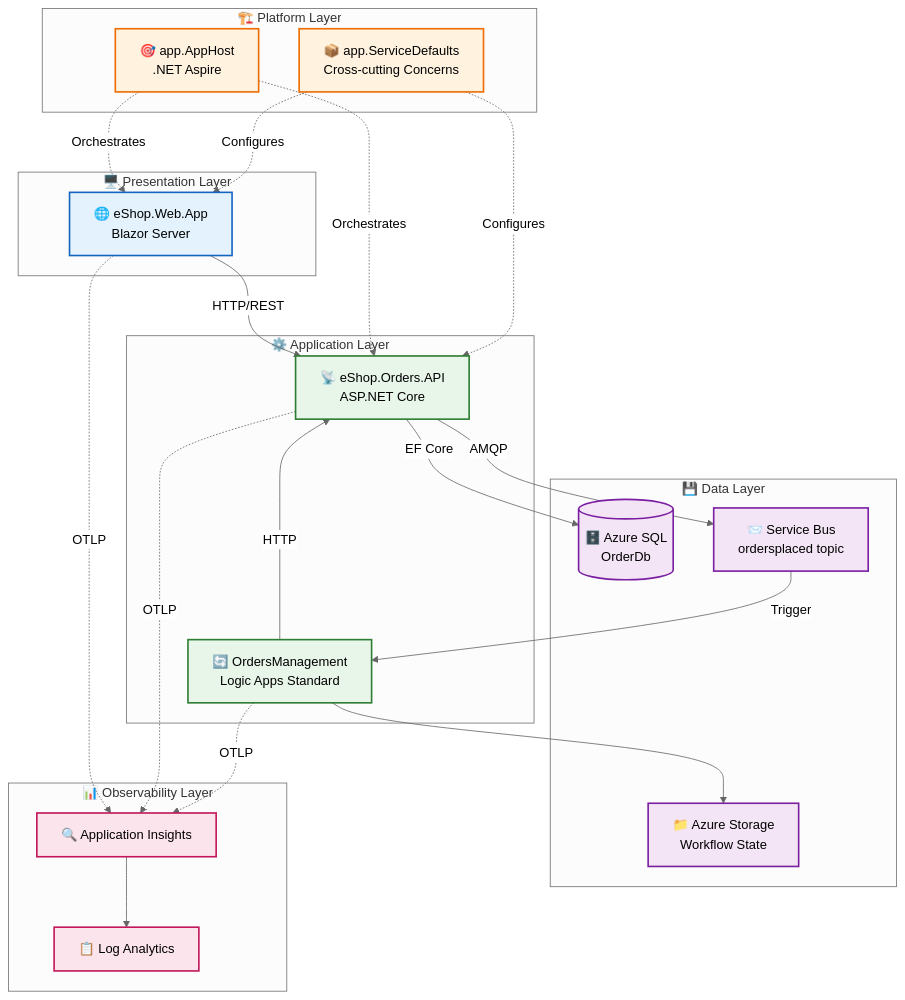
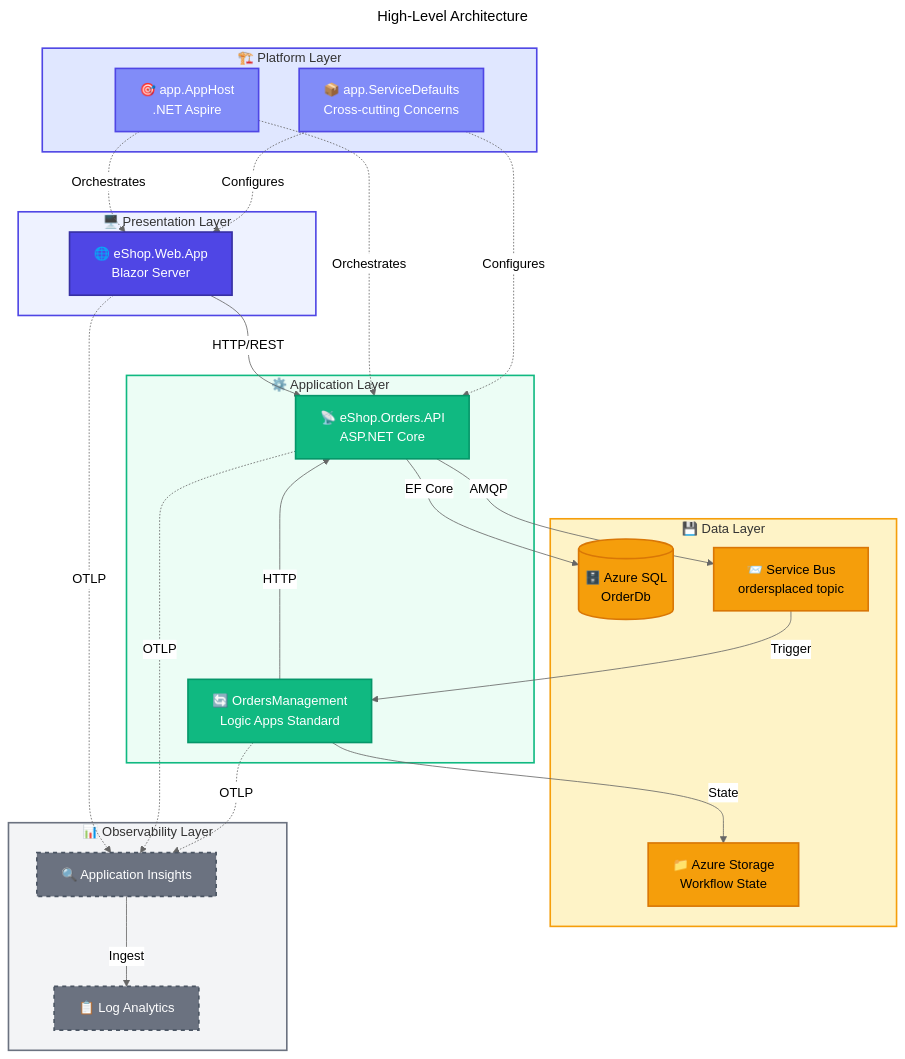
The diagram in docs/architecture/README.md (Evilazaro/Azure-LogicApps-Monitoring), drawn with Mermaid (neutral theme) before and after one commit.

Commit message:
refactor: Enhance high-level architecture diagram with improved connections, class definitions, and styles

````diff
--- a/docs/architecture/README.md
+++ b/docs/architecture/README.md
@@ -55,52 +55,70 @@
 ```mermaid
+---
+title: High-Level Architecture
+---
 flowchart TB
+    %% ===== PRESENTATION LAYER =====
     subgraph Presentation["🖥️ Presentation Layer"]
         WebApp["🌐 eShop.Web.App<br/>Blazor Server"]
     end
 
+    %% ===== APPLICATION LAYER =====
     subgraph Application["⚙️ Application Layer"]
         API["📡 eShop.Orders.API<br/>ASP.NET Core"]
         Workflow["🔄 OrdersManagement<br/>Logic Apps Standard"]
     end
 
+    %% ===== PLATFORM LAYER =====
     subgraph Platform["🏗️ Platform Layer"]
         Aspire["🎯 app.AppHost<br/>.NET Aspire"]
         Defaults["📦 app.ServiceDefaults<br/>Cross-cutting Concerns"]
     end
 
+    %% ===== DATA LAYER =====
     subgraph Data["💾 Data Layer"]
         SQL[("🗄️ Azure SQL<br/>OrderDb")]
         SB["📨 Service Bus<br/>ordersplaced topic"]
         Storage["📁 Azure Storage<br/>Workflow State"]
     end
 
+    %% ===== OBSERVABILITY LAYER =====
     subgraph Observability["📊 Observability Layer"]
         AppInsights["🔍 Application Insights"]
         LogAnalytics["📋 Log Analytics"]
     end
 
+    %% ===== CONNECTIONS =====
     WebApp -->|"HTTP/REST"| API
     API -->|"EF Core"| SQL
     API -->|"AMQP"| SB
     SB -->|"Trigger"| Workflow
     Workflow -->|"HTTP"| API
-    Workflow --> Storage
+    Workflow -->|"State"| Storage
 
     Aspire -.->|"Orchestrates"| WebApp & API
     Defaults -.->|"Configures"| WebApp & API
 
     WebApp & API & Workflow -.->|"OTLP"| AppInsights
-    AppInsights --> LogAnalytics
+    AppInsights -->|"Ingest"| LogAnalytics
 
-    classDef presentation fill:#e3f2fd,stroke:#1565c0,stroke-width:2px
-    classDef application fill:#e8f5e9,stroke:#2e7d32,stroke-width:2px
-    classDef platform fill:#fff3e0,stroke:#ef6c00,stroke-width:2px
-    classDef data fill:#f3e5f5,stroke:#7b1fa2,stroke-width:2px
-    classDef observability fill:#fce4ec,stroke:#c2185b,stroke-width:2px
+    %% ===== CLASS DEFINITIONS =====
+    classDef primary fill:#4F46E5,stroke:#3730A3,color:#FFFFFF,stroke-width:2px
+    classDef secondary fill:#10B981,stroke:#059669,color:#FFFFFF,stroke-width:2px
+    classDef datastore fill:#F59E0B,stroke:#D97706,color:#000000,stroke-width:2px
+    classDef external fill:#6B7280,stroke:#4B5563,color:#FFFFFF,stroke-width:2px,stroke-dasharray:5 5
+    classDef trigger fill:#818CF8,stroke:#4F46E5,color:#FFFFFF,stroke-width:2px
 
-    class WebApp presentation
-    class API,Workflow application
-    class Aspire,Defaults platform
-    class SQL,SB,Storage data
-    class AppInsights,LogAnalytics observability
+    %% ===== CLASS ASSIGNMENTS =====
+    class WebApp primary
+    class API,Workflow secondary
+    class Aspire,Defaults trigger
+    class SQL,SB,Storage datastore
+    class AppInsights,LogAnalytics external
+
+    %% ===== SUBGRAPH STYLES =====
+    style Presentation fill:#EEF2FF,stroke:#4F46E5,stroke-width:2px
+    style Application fill:#ECFDF5,stroke:#10B981,stroke-width:2px
+    style Platform fill:#E0E7FF,stroke:#4F46E5,stroke-width:2px
+    style Data fill:#FEF3C7,stroke:#F59E0B,stroke-width:2px
+    style Observability fill:#F3F4F6,stroke:#6B7280,stroke-width:2px
 ```
````
